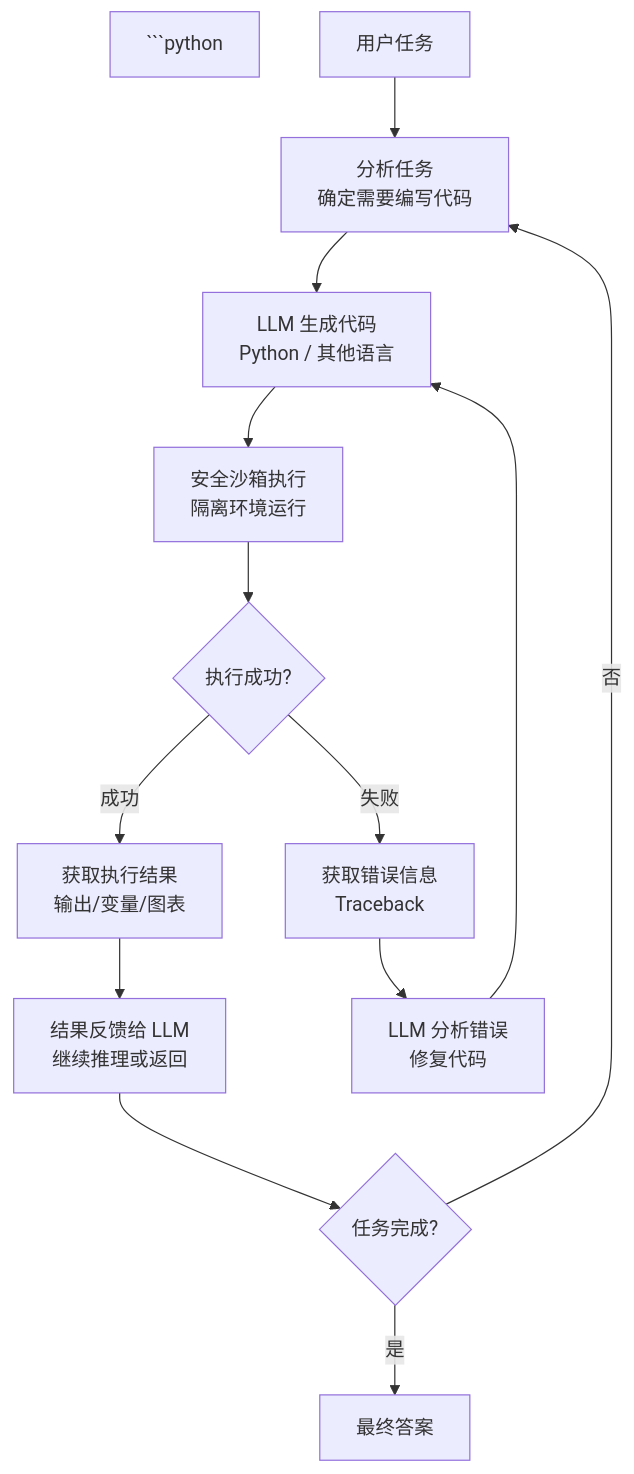
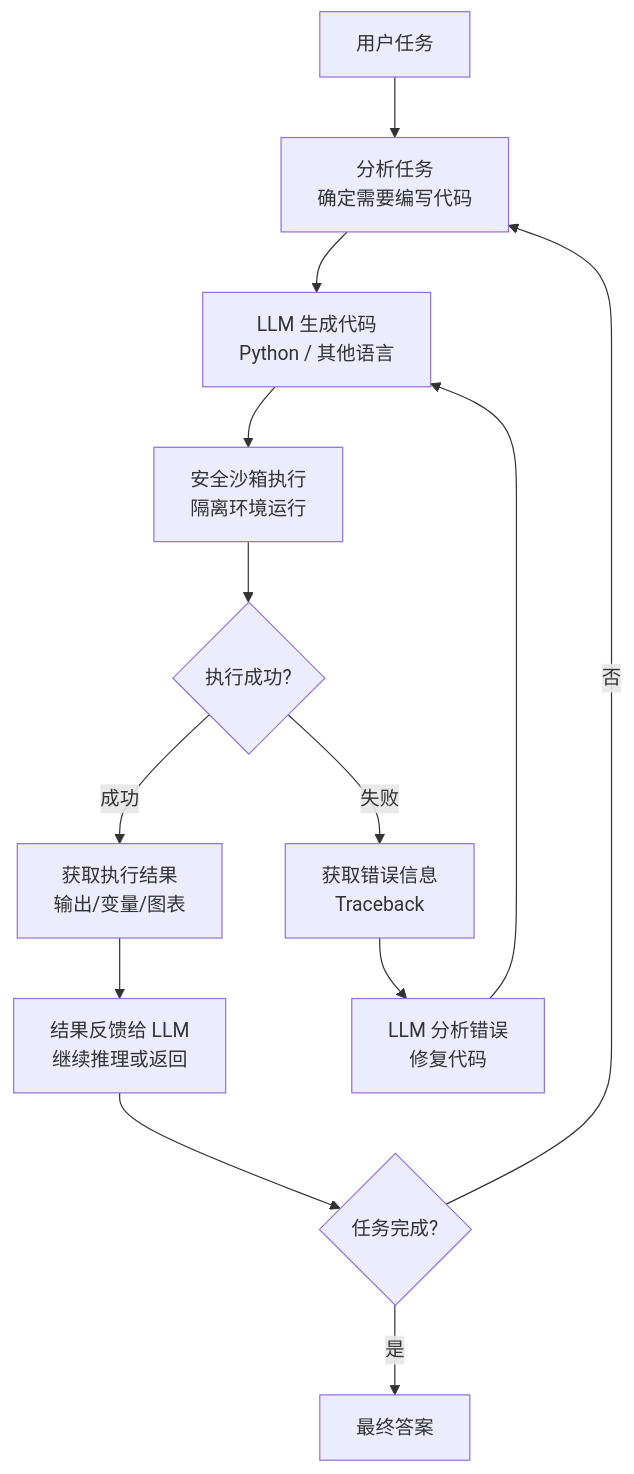
Before and after one commit to eeyzs1/agent_demos: the fourth of 5 diagrams in design_mode/docs/08_工具使用与函数调用类.md, drawn with Mermaid. The commit also changed other lines of this file and 3 other files, not shown here.

````diff
--- a/design_mode/docs/08_工具使用与函数调用类.md
+++ b/design_mode/docs/08_工具使用与函数调用类.md
@@ -933,16 +927,15 @@
 ```mermaid
 flowchart TD
-```python
 A[用户任务] --> B["分析任务\n确定需要编写代码"]
 B --> C["LLM 生成代码\nPython / 其他语言"]
 C --> D["安全沙箱执行\n隔离环境运行"]
 D --> E{执行成功?}
 E -->|成功| F["获取执行结果\n输出/变量/图表"]
 E -->|失败| G["获取错误信息\nTraceback"]
 G --> H["LLM 分析错误\n修复代码"]
 H --> C
 F --> I["结果反馈给 LLM\n继续推理或返回"]
 I --> J{任务完成?}
 J -->|否| B
 J -->|是| K[最终答案]
 ```
````
